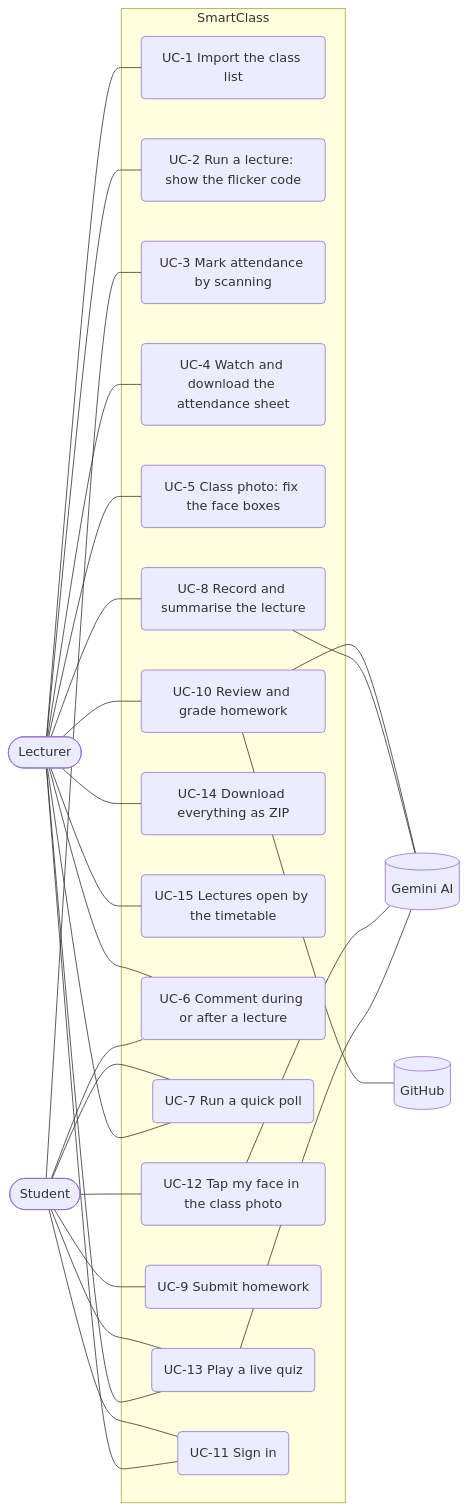
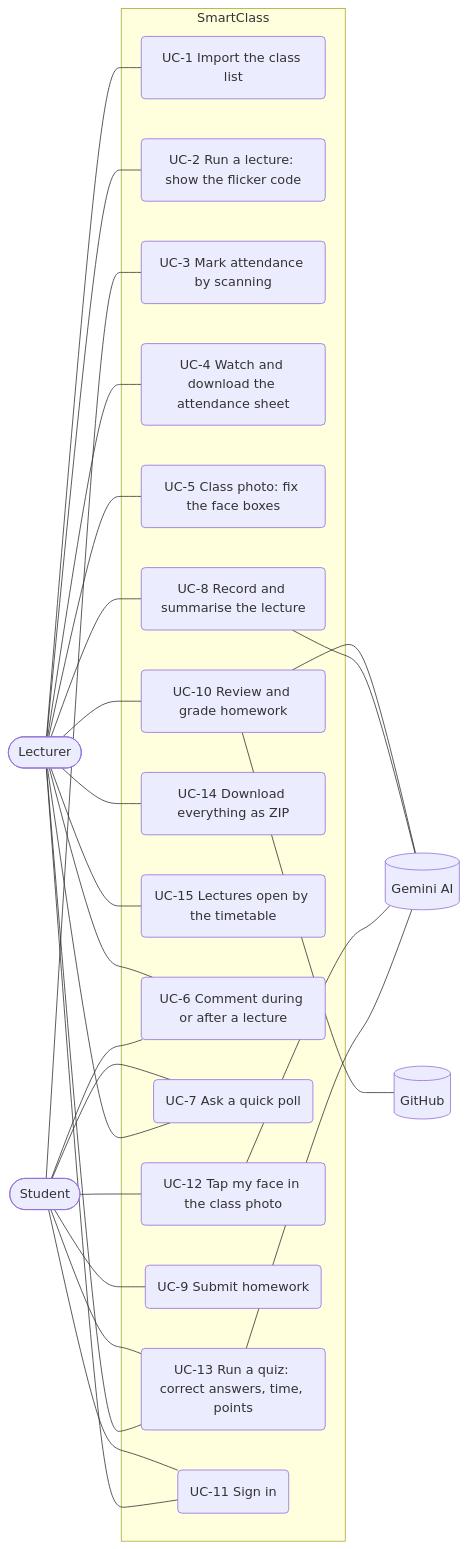
One commit to minion-dog/I2CS_Ex2-smart-class-demo changed the diagram in docs/04_USE_CASES.md. Above: the diagram before and after it, drawn with Mermaid. The commit also changed other lines of this file and 38 other files, not shown here.

First line of the commit message:
Polls and quizzes as one feature (correct answer and time optional)

````diff
--- a/docs/04_USE_CASES.md
+++ b/docs/04_USE_CASES.md
@@ -5,33 +5,33 @@
 ```mermaid
 flowchart LR
     L([Lecturer])
     S([Student])
     G[(Gemini AI)]
     H[(GitHub)]
     subgraph SmartClass
         UC1(UC-1 Import the class list)
         UC2(UC-2 Run a lecture: show the flicker code)
         UC3(UC-3 Mark attendance by scanning)
         UC4(UC-4 Watch and download the attendance sheet)
         UC5(UC-5 Class photo: fix the face boxes)
         UC12(UC-12 Tap my face in the class photo)
-        UC13(UC-13 Play a live quiz)
+        UC13(UC-13 Run a quiz: correct answers, time, points)
         UC14(UC-14 Download everything as ZIP)
         UC15(UC-15 Lectures open by the timetable)
         UC6(UC-6 Comment during or after a lecture)
-        UC7(UC-7 Run a quick poll)
+        UC7(UC-7 Ask a quick poll)
         UC8(UC-8 Record and summarise the lecture)
         UC9(UC-9 Submit homework)
         UC10(UC-10 Review and grade homework)
         UC11(UC-11 Sign in)
     end
     L --- UC1 & UC2 & UC4 & UC5 & UC7 & UC8 & UC10 & UC11 & UC13 & UC14 & UC15
     S --- UC3 & UC6 & UC9 & UC11 & UC12 & UC13
     UC13 --- G
     UC12 --- G
     L --- UC6
     S --- UC7
     UC8 --- G
     UC10 --- G
     UC10 --- H
 ```
````
